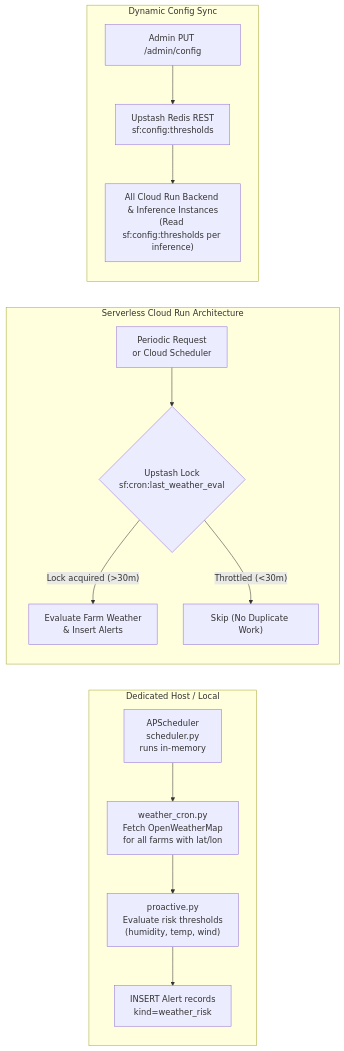
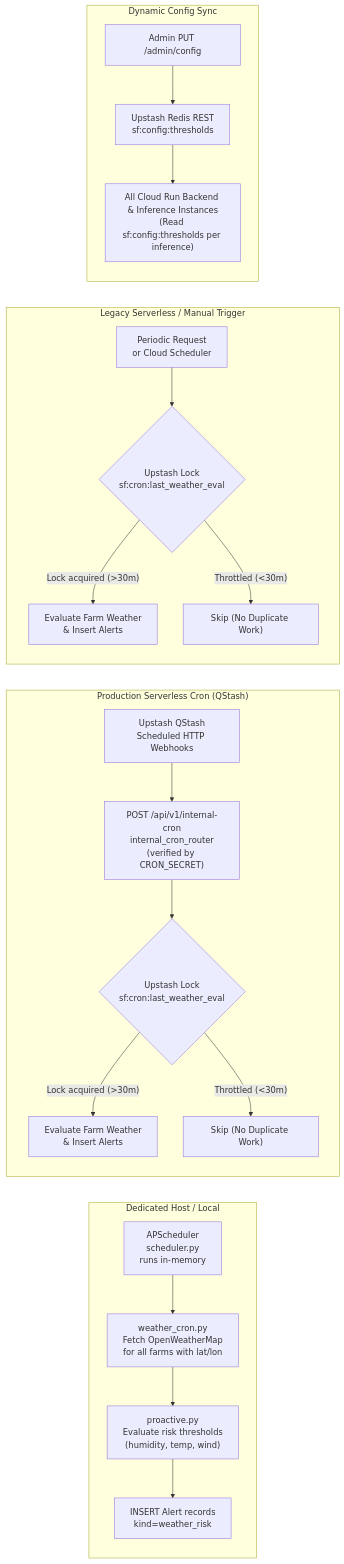
The ninth of 11 diagrams in Docs/Architecture.md (manthan2876/Smart-Farming), drawn with Mermaid before and after one commit. The commit also changed other lines of this file and 13 other files, not shown here.

Commit message:
docs: align all architecture, API, UI, and functionality status specs with codebase

````diff
--- a/Docs/Architecture.md
+++ b/Docs/Architecture.md
@@ -635,26 +643,36 @@
 ```mermaid
 flowchart LR
     subgraph DEDICATED["Dedicated Host / Local"]
         SCHED["APScheduler\nscheduler.py\nruns in-memory"]
         WC["weather_cron.py\nFetch OpenWeatherMap\nfor all farms with lat/lon"]
         PA["proactive.py\nEvaluate risk thresholds\n(humidity, temp, wind)"]
         ALC["INSERT Alert records\nkind=weather_risk"]
         SCHED --> WC --> PA --> ALC
     end
 
-    subgraph SERVERLESS["Serverless Cloud Run Architecture"]
+    subgraph QSTASH_BLOCK["Production Serverless Cron (QStash)"]
+        QS["Upstash QStash\nScheduled HTTP Webhooks"]
+        IC["POST /api/v1/internal-cron\ninternal_cron_router\n(verified by CRON_SECRET)"]
+        QS_LOCK{"Upstash Lock\nsf:cron:last_weather_eval"}
+        QS_EVAL["Evaluate Farm Weather\n& Insert Alerts"]
+        QS --> IC --> QS_LOCK
+        QS_LOCK -- "Lock acquired (>30m)" --> QS_EVAL
+        QS_LOCK -- "Throttled (<30m)" --> QS_SKIP["Skip (No Duplicate Work)"]
+    end
+
+    subgraph SERVERLESS["Legacy Serverless / Manual Trigger"]
         REQ["Periodic Request\nor Cloud Scheduler"]
         LOCK{"Upstash Lock\nsf:cron:last_weather_eval"}
         EVAL["Evaluate Farm Weather\n& Insert Alerts"]
         REQ --> LOCK
         LOCK -- "Lock acquired (>30m)" --> EVAL
         LOCK -- "Throttled (<30m)" --> SKIP["Skip (No Duplicate Work)"]
     end
 
     subgraph CONFIG_SYNC["Dynamic Config Sync"]
         ADMIN["Admin PUT /admin/config"]
         UP_CONF["Upstash Redis REST\nsf:config:thresholds"]
         INSTANCES["All Cloud Run Backend & Inference Instances\n(Read sf:config:thresholds per inference)"]
         ADMIN --> UP_CONF --> INSTANCES
     end
 ```
````
